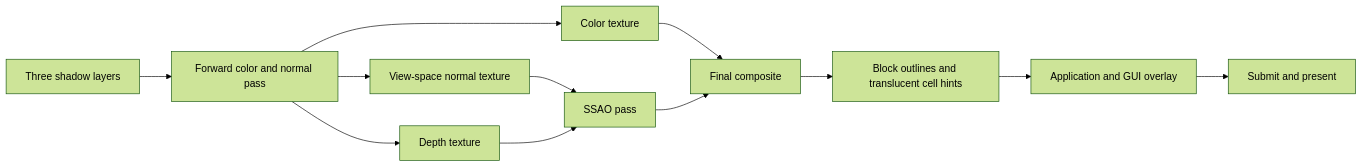
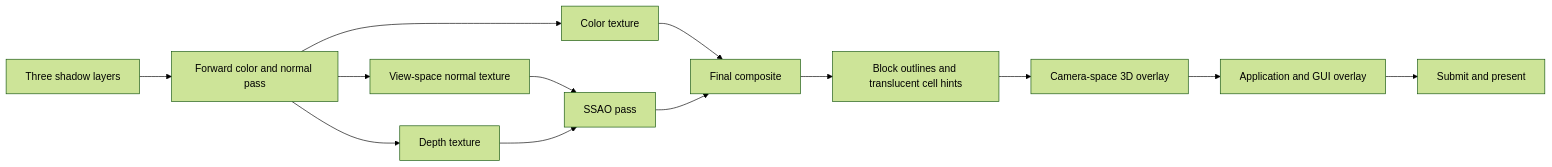
One commit to bacher/zig_engine changed the diagram in docs/rendering.md. Above: the diagram before and after it, drawn with Mermaid (forest theme). The commit also changed other lines of this file and 15 other files, not shown here.

````diff
--- a/docs/rendering.md
+++ b/docs/rendering.md
@@ -9,14 +9,15 @@
 ```mermaid
 flowchart LR
     Shadow[Three shadow layers] --> Forward[Forward color and normal pass]
     Forward --> Color[Color texture]
     Forward --> Normal[View-space normal texture]
     Forward --> Depth[Depth texture]
     Normal --> SSAO[SSAO pass]
     Depth --> SSAO
     Color --> Final[Final composite]
     SSAO --> Final
     Final --> Focus[Block outlines and translucent cell hints]
-    Focus --> Overlay[Application and GUI overlay]
+    Focus --> Held[Camera-space 3D overlay]
+    Held --> Overlay[Application and GUI overlay]
     Overlay --> Present[Submit and present]
 ```
````
